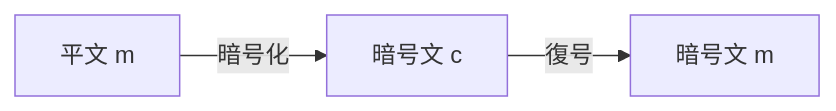
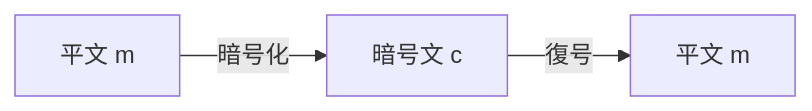
Before and after one commit to zk-tokyo/presentation-agent: the diagram in slides/SL04-暗号方式の定義.md, drawn with Mermaid. The commit also changed 43 other files, not shown here.

````diff
--- a/slides/SL04-暗号方式の定義.md
+++ b/slides/SL04-暗号方式の定義.md
@@ -22,4 +22,4 @@
 ```mermaid
 flowchart LR
-	A[平文 m]-->|暗号化|B[暗号文 c] -->|復号|C[暗号文 m]
+	A[平文 m]-->|暗号化|B[暗号文 c] -->|復号|C[平文 m]
 ```
````
